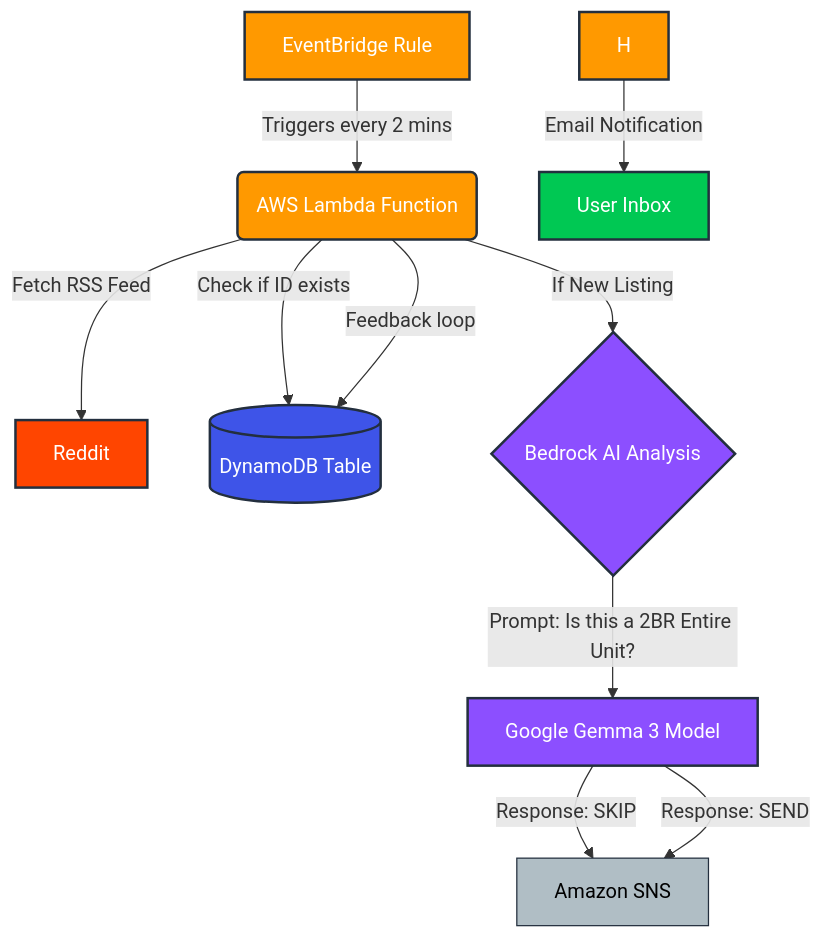
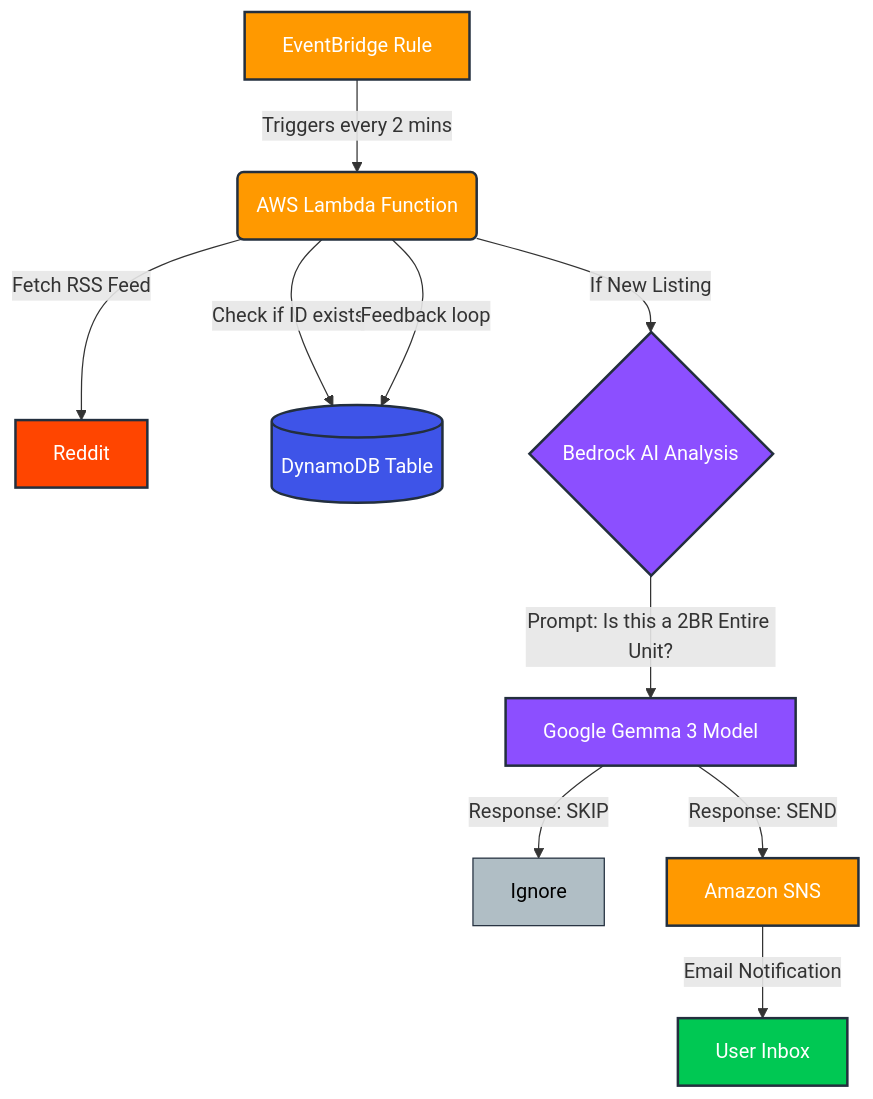
One commit to lucabarattini/Reddit-RSS-FEED-POST-NOTIFIER-ON-AWS changed the diagram in README.md. Above: the diagram before and after it, drawn with Mermaid.

````diff
--- a/README.md
+++ b/README.md
@@ -25,32 +25,32 @@
 ```mermaid
 graph TD
     %% Nodes
     A[EventBridge Rule] -->|Triggers every 2 mins| B(AWS Lambda Function)
     B -->|Fetch RSS Feed| C[Reddit]
     B -->|Check if ID exists| D[(DynamoDB Table)]
     
     B -->|If New Listing| E{Bedrock AI Analysis}
     E -->|Prompt: Is this a 2BR Entire Unit?| F[Google Gemma 3 Model]
     
     F -->|Response: SKIP| G[Ignore]
-    F -->|Response: SEND| G[Amazon SNS]
+    F -->|Response: SEND| H[Amazon SNS]
     
     H -->|Email Notification| I[User Inbox]
     B -->|Feedback loop| D
 
     %% Styling
     classDef aws fill:#FF9900,stroke:#232F3E,stroke-width:2px,color:white;
     classDef db fill:#3E54E8,stroke:#232F3E,stroke-width:2px,color:white;
     classDef ai fill:#8C4FFF,stroke:#232F3E,stroke-width:2px,color:white;
     classDef source fill:#FF4500,stroke:#232F3E,stroke-width:2px,color:white;
     classDef user fill:#00C853,stroke:#232F3E,stroke-width:2px,color:white;
     classDef ignore fill:#B0BEC5,stroke:#232F3E,stroke-width:1px,color:black;
 
     %% Assign Classes
     class A,B,H aws;
     class D db;
     class F,E ai;
     class C source;
     class I user;
     class G ignore;
 ```
````
